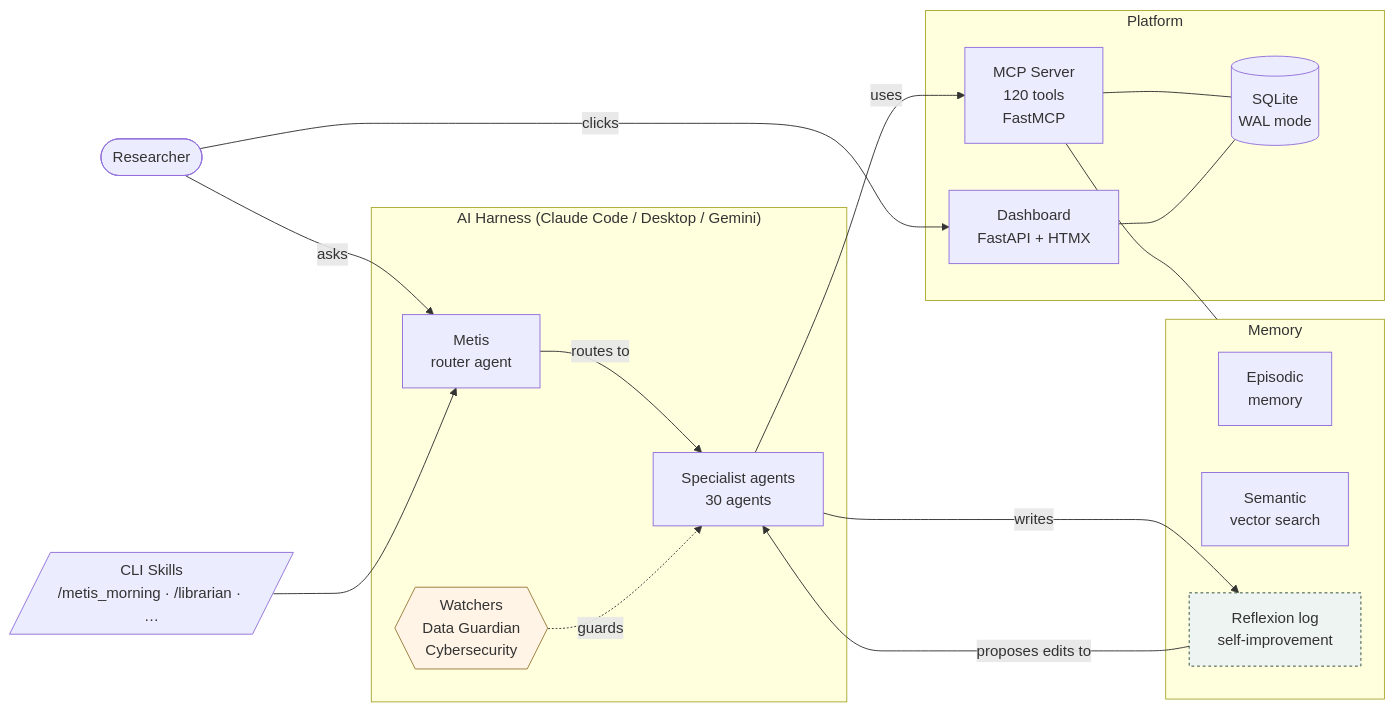
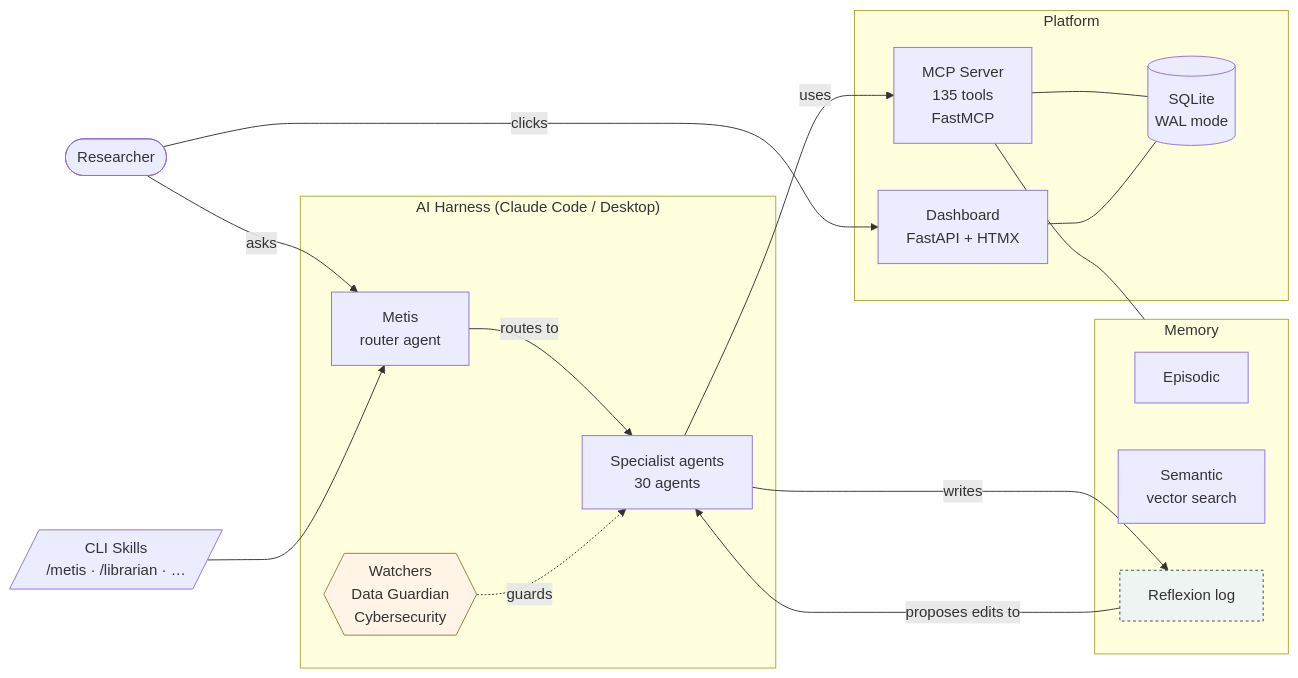
The diagram in README.md (SVerITG/Metis), drawn with Mermaid before and after one commit. The commit also changed other lines of this file and 98 other files, not shown here.

````diff
--- a/README.md
+++ b/README.md
@@ -249,35 +176,35 @@
 ```mermaid
 flowchart LR
     U([Researcher])
-    subgraph Harness["AI Harness (Claude Code / Desktop / Gemini)"]
+    subgraph Harness["AI Harness (Claude Code / Desktop)"]
         METIS[Metis\nrouter agent]
         AGENTS[Specialist agents\n30 agents]
         WATCHERS{{Watchers\nData Guardian\nCybersecurity}}
     end
     subgraph Platform
-        MCP[MCP Server\n120 tools\nFastMCP]
+        MCP[MCP Server\n135 tools\nFastMCP]
         DASH[Dashboard\nFastAPI + HTMX]
         DB[(SQLite\nWAL mode)]
     end
     subgraph Memory
-        EPIS[Episodic\nmemory]
+        EPIS[Episodic]
         SEM[Semantic\nvector search]
-        REFLEX[Reflexion log\nself-improvement]
+        REFLEX[Reflexion log]
     end
-    Skills[/CLI Skills\n/metis_morning · /librarian · …/]
+    Skills[/CLI Skills\n/metis · /librarian · …/]
 
     U -->|asks| METIS
     U -->|clicks| DASH
     METIS -->|routes to| AGENTS
     AGENTS -->|uses| MCP
     MCP --- DB
     DASH --- DB
     WATCHERS -.guards.-> AGENTS
     AGENTS -->|writes| REFLEX
     REFLEX -->|proposes edits to| AGENTS
     MCP --- Memory
     Skills --> METIS
 
     style WATCHERS fill:#fff4e6,stroke:#9a7b3c
     style REFLEX fill:#eef4f1,stroke:#2d4a3a,stroke-dasharray:3 3
 ```
````
